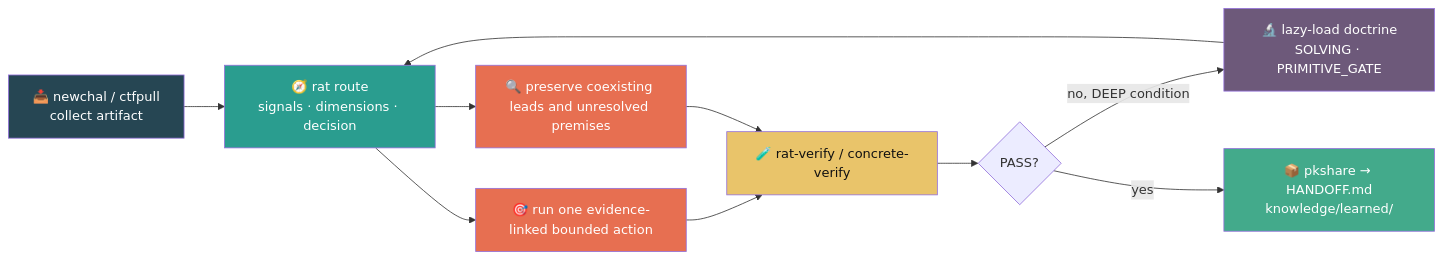
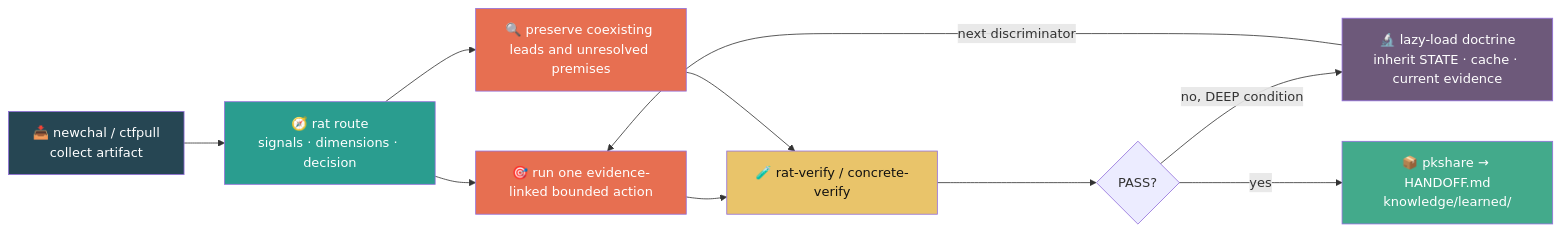
The diagram in README.md (b0nsu/CTF-Rat), drawn with Mermaid before and after one commit. The commit also changed other lines of this file, not shown here.

Commit message:
docs(readme): show DEEP evidence handoff

````diff
--- a/README.md
+++ b/README.md
@@ -68,20 +68,20 @@
 ```mermaid
 flowchart LR
     A["📥 newchal / ctfpull<br/>collect artifact"] --> B["🧭 rat route<br/>signals · dimensions · decision"]
     B --> D["🎯 run one evidence-linked bounded action"]
     B --> E["🔍 preserve coexisting leads and unresolved premises"]
     D --> F["🧪 rat-verify / concrete-verify"]
     E --> F
     F --> G{"PASS?"}
-    G -->|no, DEEP condition| H["🔬 lazy-load doctrine<br/>SOLVING · PRIMITIVE_GATE"]
-    H --> B
+    G -->|no, DEEP condition| H["🔬 lazy-load doctrine<br/>inherit STATE · cache · current evidence"]
+    H -->|next discriminator| D
     G -->|yes| I["📦 pkshare → HANDOFF.md<br/>knowledge/learned/"]
 
     style A fill:#264653,color:#fff
     style B fill:#2a9d8f,color:#fff
     style D fill:#e76f51,color:#fff
     style E fill:#e76f51,color:#fff
     style F fill:#e9c46a,color:#111
     style H fill:#6d597a,color:#fff
     style I fill:#43aa8b,color:#fff
 ```
````
